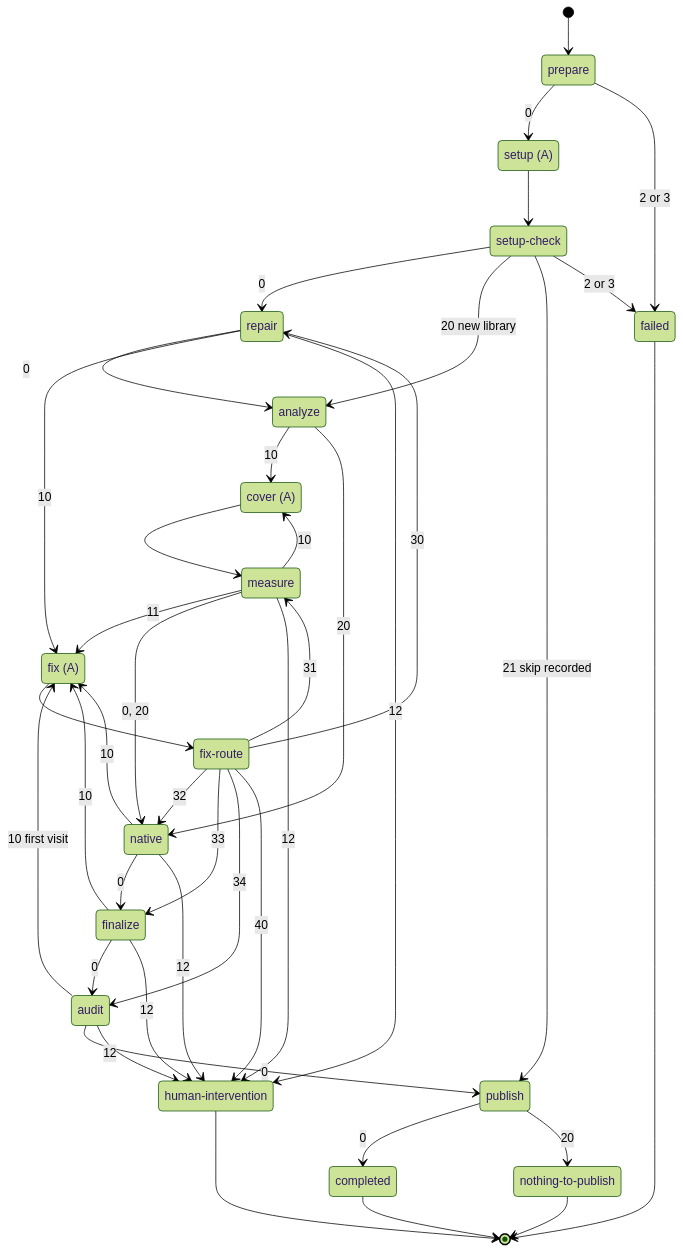
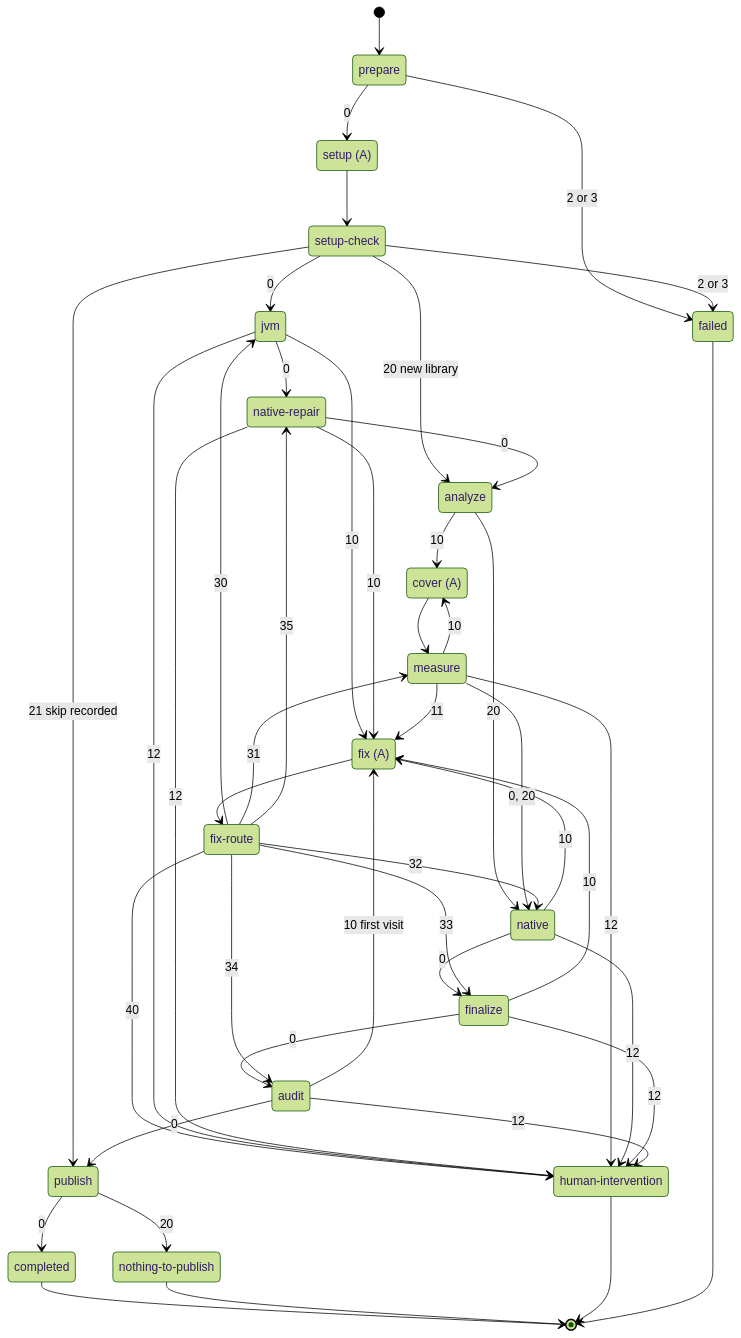
One commit to oracle/graalvm-reachability-metadata changed the diagram in forge/docs/architecture/workflow-pipeline.md. Above: the diagram before and after it, drawn with Mermaid (forest theme). The commit also changed other lines of this file and 5 other files, not shown here.

Commit message:
Spec jvm, native-repair, and metadata checks in finalize

````diff
--- a/forge/docs/architecture/workflow-pipeline.md
+++ b/forge/docs/architecture/workflow-pipeline.md
@@ -82,51 +82,56 @@
 ```mermaid
 stateDiagram-v2
     state "setup (A)" as setup
     state "cover (A)" as cover
     state "fix (A)" as fix
     state "fix-route" as route
+    state "native-repair" as nrepair
     state "nothing-to-publish" as nothing
     state "human-intervention" as human
 
     [*] --> prepare
     prepare --> setup: 0
     prepare --> failed: 2 or 3
     state "setup-check" as check
     setup --> check
-    check --> repair: 0
+    check --> jvm: 0
     check --> analyze: 20 new library
     check --> publish: 21 skip recorded
     check --> failed: 2 or 3
-    repair --> analyze: 0
-    repair --> fix: 10
+    jvm --> nrepair: 0
+    jvm --> fix: 10
+    nrepair --> analyze: 0
+    nrepair --> fix: 10
     analyze --> cover: 10
     analyze --> native: 20
     cover --> measure
     measure --> cover: 10
     measure --> fix: 11
     measure --> native: 0, 20
     native --> finalize: 0
     native --> fix: 10
     finalize --> audit: 0
     finalize --> fix: 10
     audit --> fix: 10 first visit
     audit --> publish: 0
     fix --> route
-    route --> repair: 30
+    route --> jvm: 30
     route --> measure: 31
     route --> native: 32
     route --> finalize: 33
     route --> audit: 34
+    route --> nrepair: 35
     route --> human: 40
-    repair --> human: 12
+    jvm --> human: 12
+    nrepair --> human: 12
     measure --> human: 12
     native --> human: 12
     finalize --> human: 12
     audit --> human: 12
     publish --> completed: 0
     publish --> nothing: 20
     completed --> [*]
     nothing --> [*]
     human --> [*]
     failed --> [*]
 ```
````
